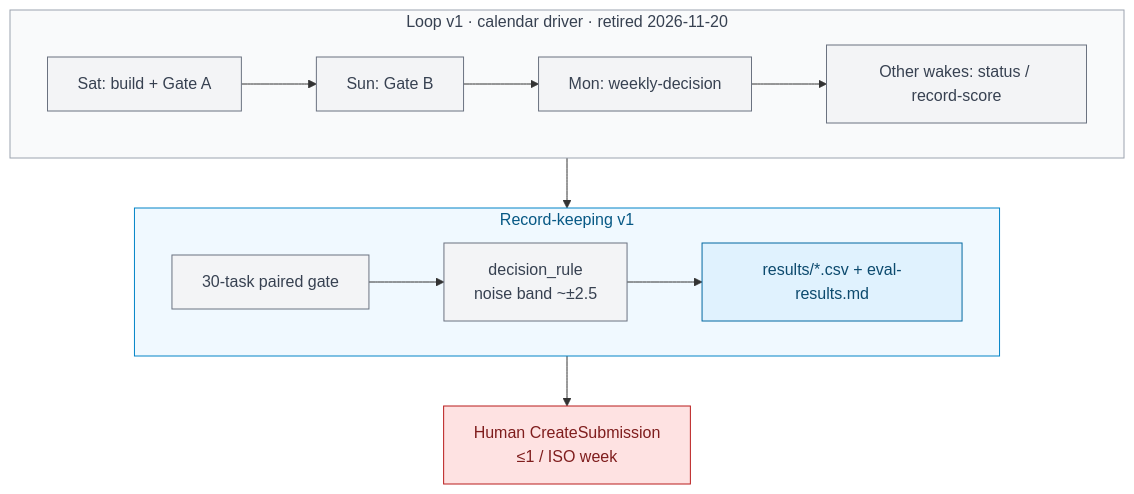
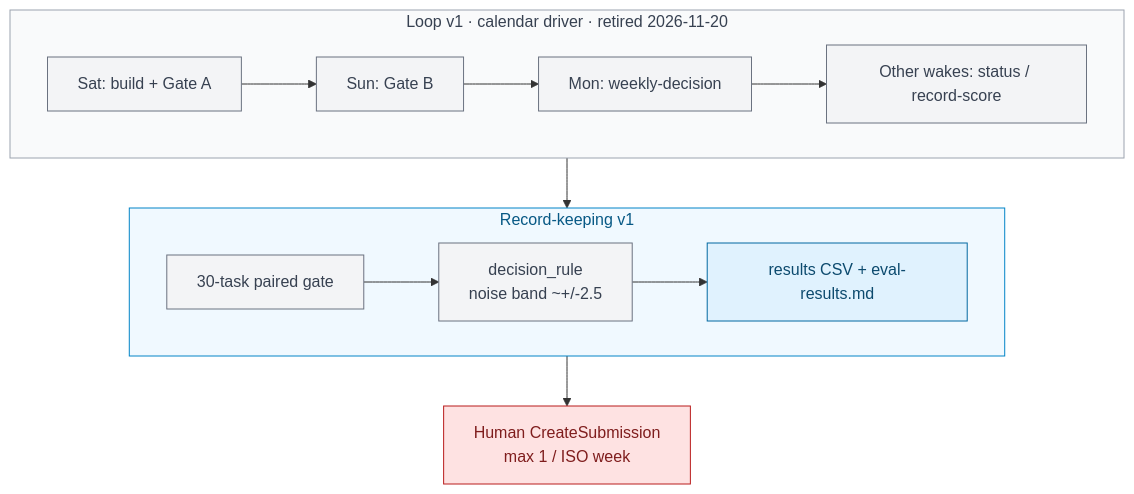
The fourth of 11 diagrams in docs/wiki/Architecture.md (khaosans/noisegate-gemma4-factory), drawn with Mermaid before and after one commit. The commit also changed other lines of this file and 5 other files, not shown here.

First line of the commit message:
docs: fix Mermaid parse error and refresh Future-Work (#19)

````diff
--- a/docs/wiki/Architecture.md
+++ b/docs/wiki/Architecture.md
@@ -112,27 +112,27 @@
 ```mermaid
 flowchart TB
   subgraph Cal["Loop v1 · calendar driver · retired 2026-11-20"]
     direction LR
     Sat1[Sat: build + Gate A] --> Sun1[Sun: Gate B]
     Sun1 --> Mon1[Mon: weekly-decision]
     Mon1 --> St1[Other wakes: status / record-score]
   end
 
   subgraph Rec1["Record-keeping v1"]
     direction LR
-    G30[30-task paired gate] --> Noise[decision_rule<br/>noise band ~±2.5]
-    Noise --> CSV1[results/*.csv + eval-results.md]
+    G30["30-task paired gate"] --> Noise["decision_rule<br/>noise band ~+/-2.5"]
+    Noise --> CSV1["results CSV + eval-results.md"]
   end
 
   Cal --> Rec1
-  Rec1 --> Hitl1[Human CreateSubmission<br/>≤1 / ISO week]
+  Rec1 --> Hitl1["Human CreateSubmission<br/>max 1 / ISO week"]
 
   classDef retired fill:#F3F4F6,stroke:#6B7280,color:#374151
   classDef record fill:#E0F2FE,stroke:#0369A1,color:#0C4A6E
   classDef hitl fill:#FEE2E2,stroke:#B91C1C,color:#7F1D1D
   class Sat1,Sun1,Mon1,St1,G30,Noise retired
   class CSV1 record
   class Hitl1 hitl
   style Cal fill:#F9FAFB,stroke:#9CA3AF,color:#374151
   style Rec1 fill:#F0F9FF,stroke:#0284C7,color:#075985
 ```
````
